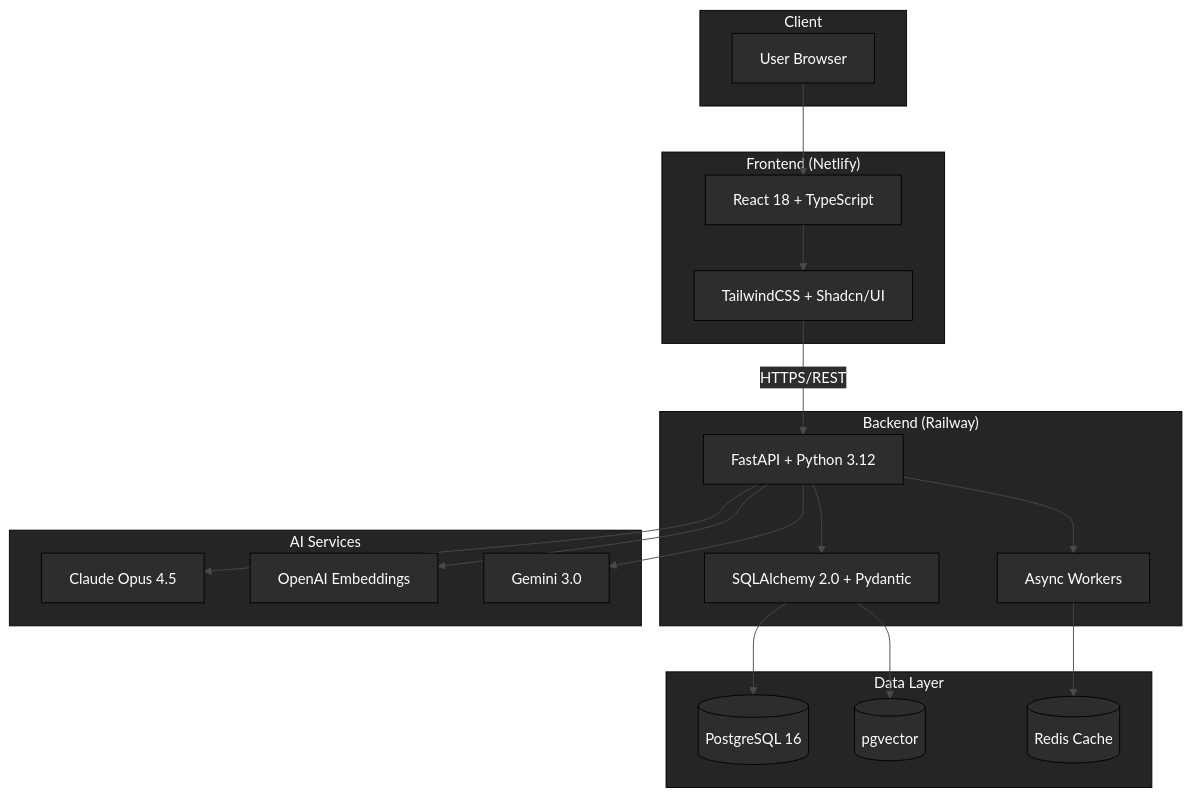
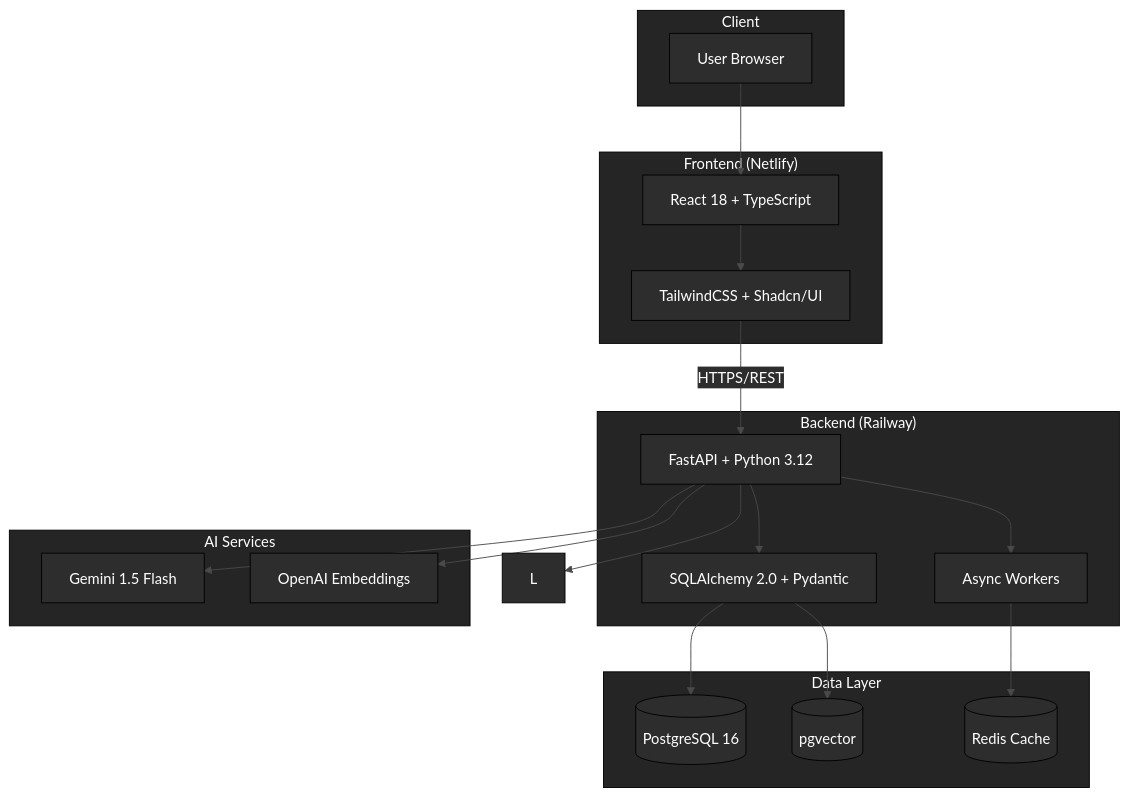
The seventh of 8 diagrams in README.md (akash-s-halalli/VendorAuditAI), drawn with Mermaid before and after one commit. The commit also changed other lines of this file and 12 other files, not shown here.

First line of the commit message:
MIGRATION: Complete Anthropic Claude to Google Gemini migration

````diff
--- a/README.md
+++ b/README.md
@@ -666,42 +666,41 @@
 ```mermaid
 %%{init: {'theme': 'base', 'themeVariables': { 'primaryColor': '#2d2d2d', 'primaryTextColor': '#ffffff', 'primaryBorderColor': '#000000', 'lineColor': '#4a4a4a', 'secondaryColor': '#3a3a3a', 'tertiaryColor': '#1a1a1a', 'background': '#1a1a1a', 'mainBkg': '#2d2d2d', 'nodeBorder': '#000000', 'clusterBkg': '#252525', 'clusterBorder': '#000000', 'titleColor': '#ffffff', 'edgeLabelBackground': '#2d2d2d'}}}%%
 flowchart TD
     subgraph Client
         A[User Browser]
     end
 
     subgraph Frontend["Frontend (Netlify)"]
         B[React 18 + TypeScript]
         C[TailwindCSS + Shadcn/UI]
     end
 
     subgraph Backend["Backend (Railway)"]
         D[FastAPI + Python 3.12]
         E[SQLAlchemy 2.0 + Pydantic]
         F[Async Workers]
     end
 
     subgraph Data["Data Layer"]
         G[(PostgreSQL 16)]
         H[(pgvector)]
         I[(Redis Cache)]
     end
 
     subgraph AI["AI Services"]
-        J[Claude Opus 4.5]
+        J[Gemini 1.5 Flash]
         K[OpenAI Embeddings]
-        L[Gemini 3.0]
     end
 
     A --> B
     B --> C
     C -->|HTTPS/REST| D
     D --> E
     D --> F
     E --> G
     E --> H
     F --> I
     D --> J
     D --> K
     D --> L
 ```
````
